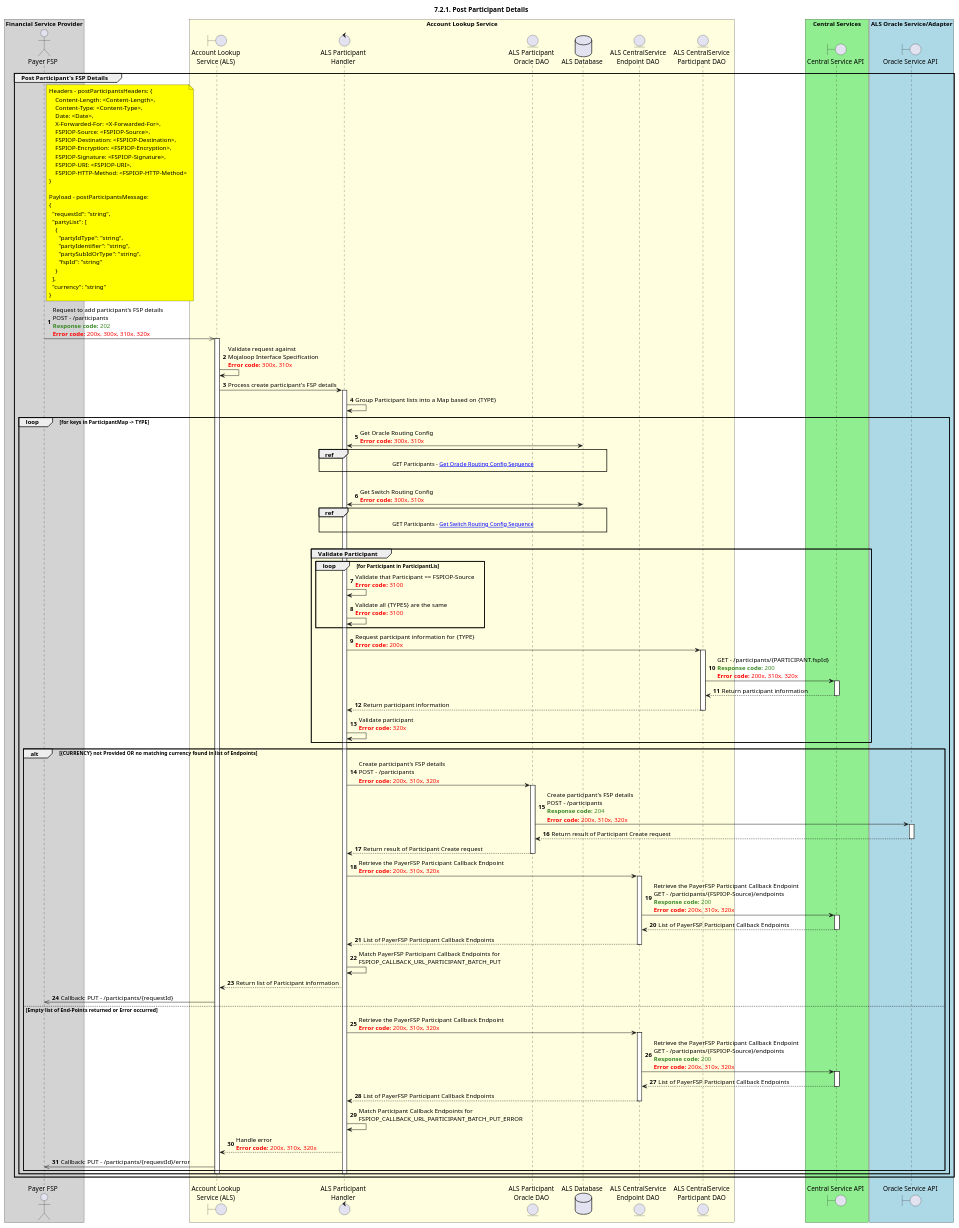
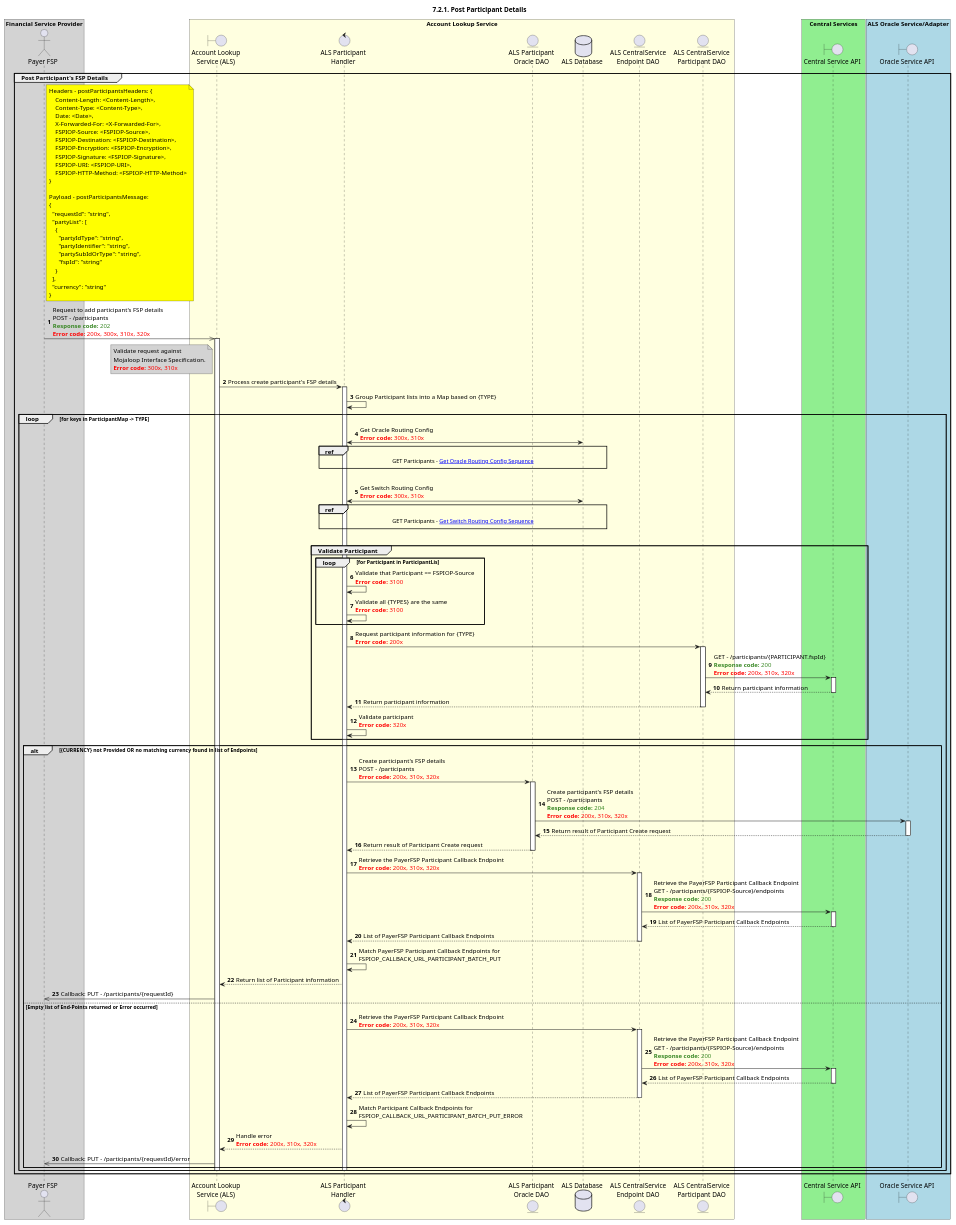
One commit to mojaloop/documentation changed the diagram in mojaloop-technical-overview/account-lookup-service/assets/diagrams/sequence/seq-acct-lookup-post-participants-7.2.1.plantuml. Above: the diagram before and after it, drawn with PlantUML. The commit also changed 2 other files, not shown here.

Commit message:
Changes to the ALS Sequence Diagrams:
1. Minor typo fixes
2. Moved ML API Spec validation as a note instead of a step to match the changes to the "async" (non-solid) arrow changes as suggested by @ggrg

```diff
--- a/mojaloop-technical-overview/account-lookup-service/assets/diagrams/sequence/seq-acct-lookup-post-participants-7.2.1.plantuml
+++ b/mojaloop-technical-overview/account-lookup-service/assets/diagrams/sequence/seq-acct-lookup-post-participants-7.2.1.plantuml
@@ -27,5 +27,5 @@
 @startuml
-' declate title
+' declare title
 title 7.2.1. Post Participant Details
 
 autonumber
@@ -105,7 +105,11 @@
 '            - All Participant's will be of the same Currency
 '    end note
     activate ALS_API
-    ALS_API -> ALS_API: Validate request against\nMojaloop Interface Specification\n<color #FF0000><b>Error code:</b> 300x, 310x</color>
+    note left ALS_API #lightgray
+        Validate request against
+        Mojaloop Interface Specification.
+        <color #red><b>Error code:</b> 300x, 310x</color>
+    end note
 
     ALS_API -> ALS_PARTICIPANT_HANDLER: Process create participant's FSP details
     activate ALS_PARTICIPANT_HANDLER
```
